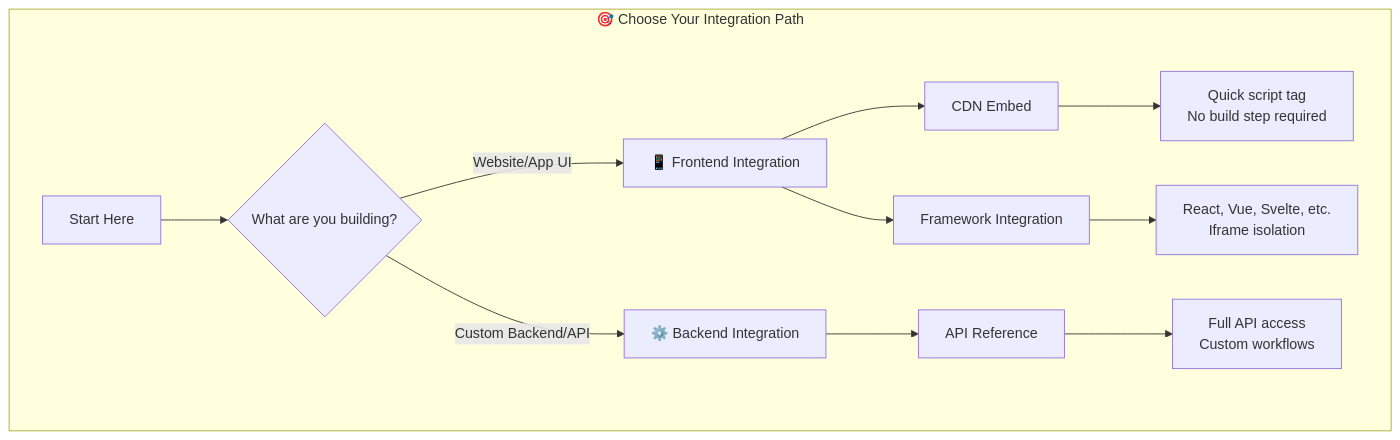
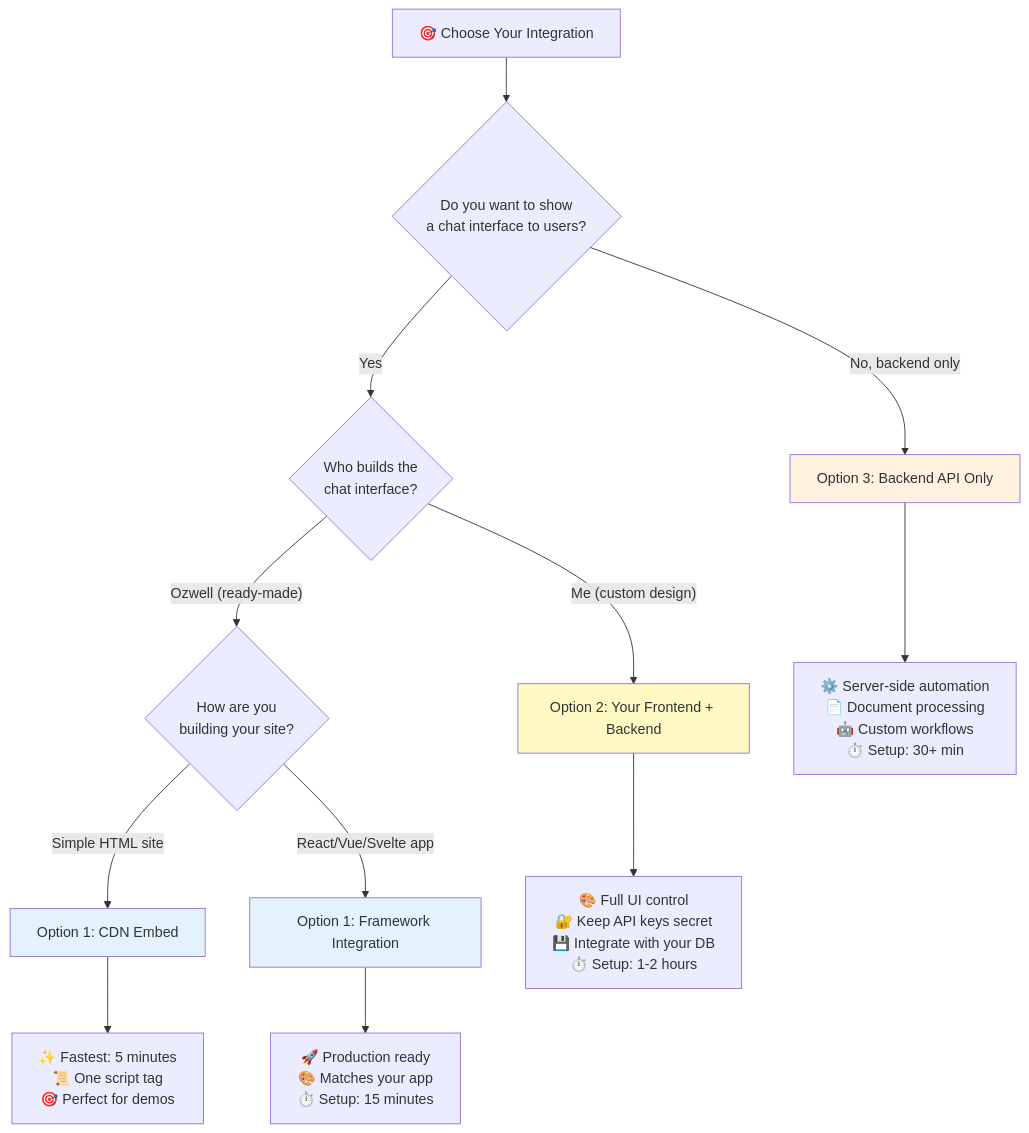
Before and after one commit to mieweb/ozwellai-api: the second of 2 diagrams in docs/overview.md, drawn with Mermaid. The commit also changed other lines of this file, not shown here.

Commit message:
docs: clarify frontend vs backend integration patterns and trademark policy (#56)

````diff
--- a/docs/overview.md
+++ b/docs/overview.md
@@ -22,18 +101,26 @@
 ```mermaid
 graph TB
-    subgraph "🎯 Choose Your Integration Path"
-        Start[Start Here] --> Q1{What are you building?}
-        
-        Q1 -->|Website/App UI| Frontend[📱 Frontend Integration]
-        Q1 -->|Custom Backend/API| Backend[⚙️ Backend Integration]
-        
-        Frontend --> F1[CDN Embed]
-        Frontend --> F2[Framework Integration]
-        
-        F1 --> F1Desc[Quick script tag<br/>No build step required]
-        F2 --> F2Desc[React, Vue, Svelte, etc.<br/>Iframe isolation]
-        
-        Backend --> B1[API Reference]
-        B1 --> B1Desc[Full API access<br/>Custom workflows]
-    end
+    Start[🎯 Choose Your Integration] --> Q1{Do you want to show<br/>a chat interface to users?}
+    
+    Q1 -->|No, backend only| Backend[Option 3: Backend API Only]
+    Q1 -->|Yes| Q2{Who builds the<br/>chat interface?}
+    
+    Q2 -->|"Ozwell (ready-made)"| Q3{How are you<br/>building your site?}
+    Q2 -->|"Me (custom design)"| Custom[Option 2: Your Frontend + Backend]
+    
+    Q3 -->|"Simple HTML site"| CDN[Option 1: CDN Embed]
+    Q3 -->|"React/Vue/Svelte app"| Framework[Option 1: Framework Integration]
+    
+    Backend --> B1[⚙️ Server-side automation<br/>📄 Document processing<br/>🤖 Custom workflows<br/>⏱️ Setup: 30+ min]
+    
+    Custom --> C1[🎨 Full UI control<br/>🔐 Keep API keys secret<br/>💾 Integrate with your DB<br/>⏱️ Setup: 1-2 hours]
+    
+    CDN --> F1[✨ Fastest: 5 minutes<br/>📜 One script tag<br/>🎯 Perfect for demos]
+    
+    Framework --> F2[🚀 Production ready<br/>🎨 Matches your app<br/>⏱️ Setup: 15 minutes]
+    
+    style Backend fill:#fff3e0
+    style Custom fill:#fff9c4
+    style CDN fill:#e3f2fd
+    style Framework fill:#e3f2fd
 ```
````
